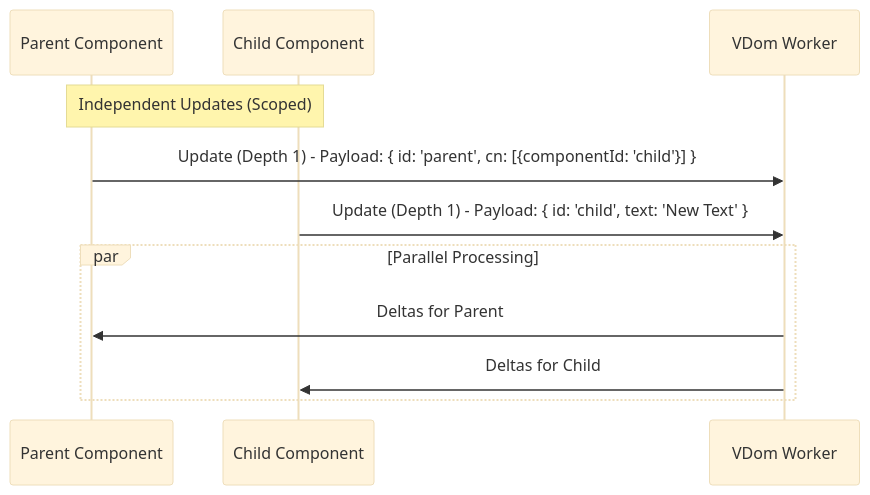
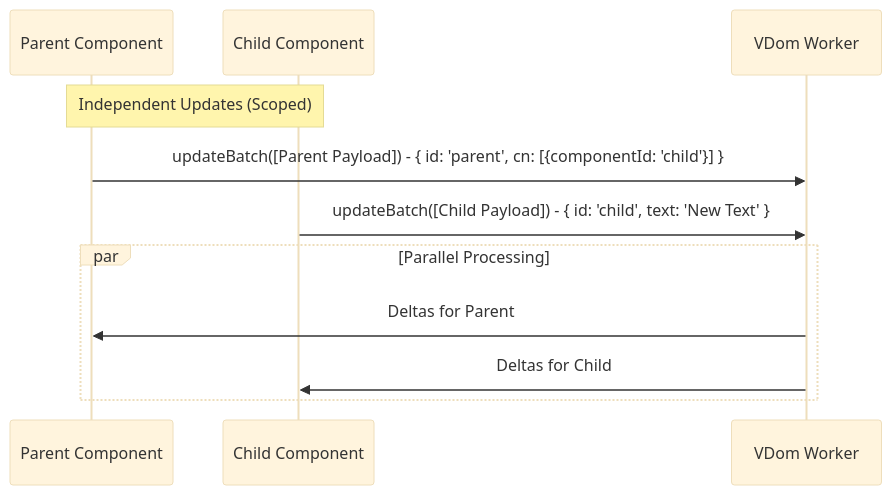
The first of 3 diagrams in learn/guides/fundamentals/AsymmetricUpdates.md (neomjs/neo), drawn with Mermaid (base theme) before and after one commit. The commit also changed other lines of this file, not shown here.

````diff
--- a/learn/guides/fundamentals/AsymmetricUpdates.md
+++ b/learn/guides/fundamentals/AsymmetricUpdates.md
@@ -44,16 +44,16 @@
 ```mermaid
 sequenceDiagram
     participant P as Parent Component
     participant C as Child Component
     participant VW as VDom Worker
     
     Note over P, C: Independent Updates (Scoped)
 
-    P->>VW: Update (Depth 1) - Payload: { id: 'parent', cn: [{componentId: 'child'}] }
-    C->>VW: Update (Depth 1) - Payload: { id: 'child', text: 'New Text' }
+    P->>VW: updateBatch([Parent Payload]) - { id: 'parent', cn: [{componentId: 'child'}] }
+    C->>VW: updateBatch([Child Payload]) - { id: 'child', text: 'New Text' }
     
     par Parallel Processing
         VW->>P: Deltas for Parent
         VW->>C: Deltas for Child
     end
 ```
````
